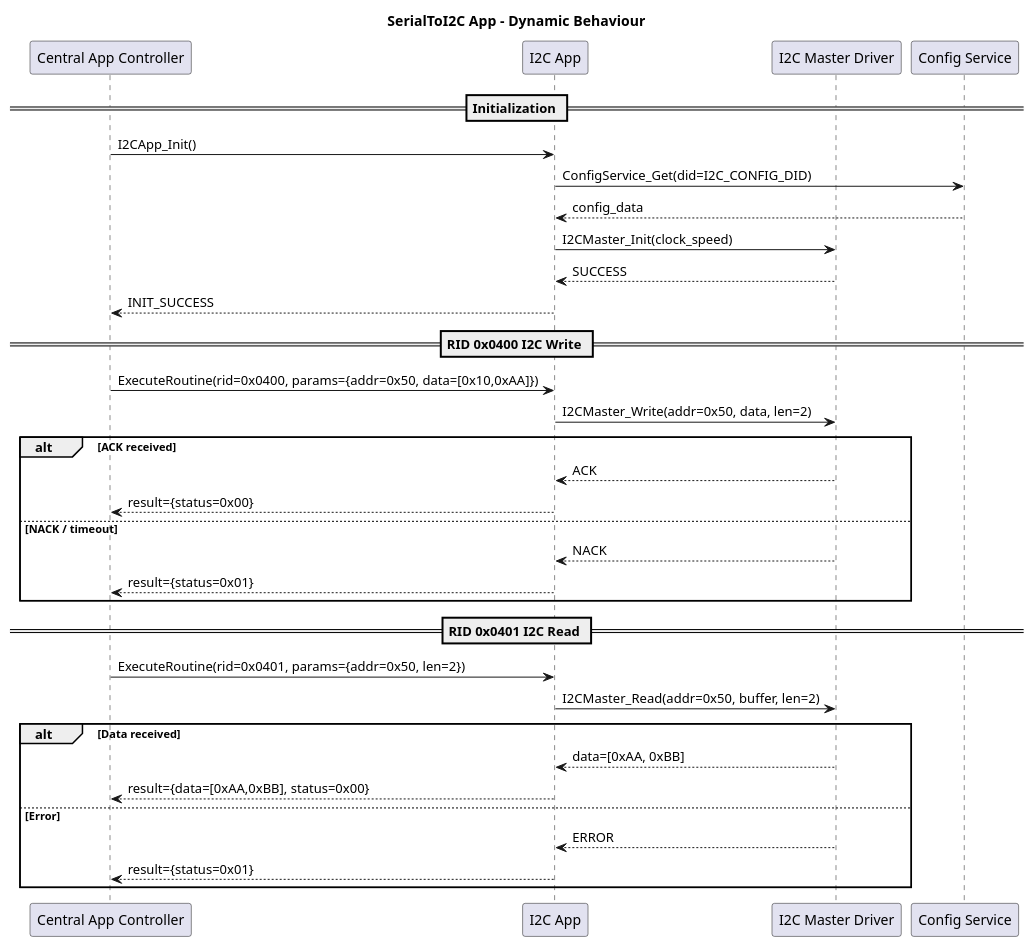
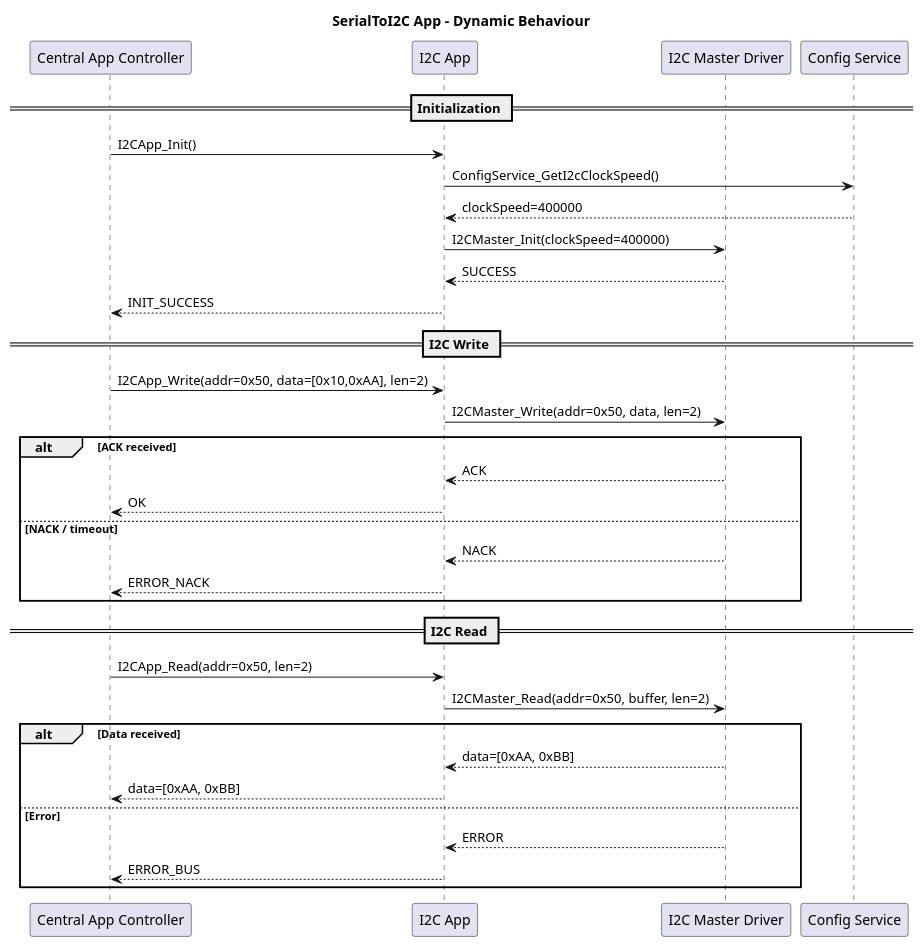
The diagram in 2_architecture/fucntionView/layer3Application/serialToI2CApp/dynamicBehaviour.puml (LinhTrucVo/Bico_Protocol_Bridge), drawn with PlantUML before and after one commit. The commit also changed 19 other files, not shown here.

First line of the commit message:
Central App Controller now owns all DID/RID mapping and converts UDS requests into typed API calls for downstream modules. ConfigService, SerialToXxxApp modules no longer have any UDS/DID/RID awareness — they expose plain typed APIs (e.g. ReadAdc(ch), WriteGpio(pin, state), SetAdcSampleRate(rate)).

```diff
--- a/2_architecture/fucntionView/layer3Application/serialToI2CApp/dynamicBehaviour.puml
+++ b/2_architecture/fucntionView/layer3Application/serialToI2CApp/dynamicBehaviour.puml
@@ -1,39 +1,39 @@
 @startuml
 title SerialToI2C App - Dynamic Behaviour
 
 participant "Central App Controller" as CC
 participant "I2C App" as I2C
 participant "I2C Master Driver" as DRV
 participant "Config Service" as CS
 
 == Initialization ==
 CC -> I2C : I2CApp_Init()
-I2C -> CS : ConfigService_Get(did=I2C_CONFIG_DID)
-CS --> I2C : config_data
-I2C -> DRV : I2CMaster_Init(clock_speed)
+I2C -> CS : ConfigService_GetI2cClockSpeed()
+CS --> I2C : clockSpeed=400000
+I2C -> DRV : I2CMaster_Init(clockSpeed=400000)
 DRV --> I2C : SUCCESS
 I2C --> CC : INIT_SUCCESS
 
-== RID 0x0400 I2C Write ==
-CC -> I2C : ExecuteRoutine(rid=0x0400, params={addr=0x50, data=[0x10,0xAA]})
+== I2C Write ==
+CC -> I2C : I2CApp_Write(addr=0x50, data=[0x10,0xAA], len=2)
 I2C -> DRV : I2CMaster_Write(addr=0x50, data, len=2)
 alt ACK received
     DRV --> I2C : ACK
-    I2C --> CC : result={status=0x00}
+    I2C --> CC : OK
 else NACK / timeout
     DRV --> I2C : NACK
-    I2C --> CC : result={status=0x01}
+    I2C --> CC : ERROR_NACK
 end
 
-== RID 0x0401 I2C Read ==
-CC -> I2C : ExecuteRoutine(rid=0x0401, params={addr=0x50, len=2})
+== I2C Read ==
+CC -> I2C : I2CApp_Read(addr=0x50, len=2)
 I2C -> DRV : I2CMaster_Read(addr=0x50, buffer, len=2)
 alt Data received
     DRV --> I2C : data=[0xAA, 0xBB]
-    I2C --> CC : result={data=[0xAA,0xBB], status=0x00}
+    I2C --> CC : data=[0xAA, 0xBB]
 else Error
     DRV --> I2C : ERROR
-    I2C --> CC : result={status=0x01}
+    I2C --> CC : ERROR_BUS
 end
 
 @enduml
```
